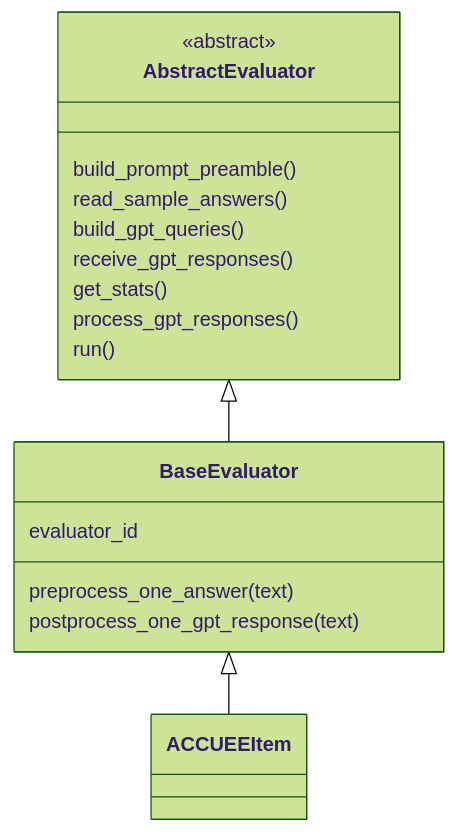
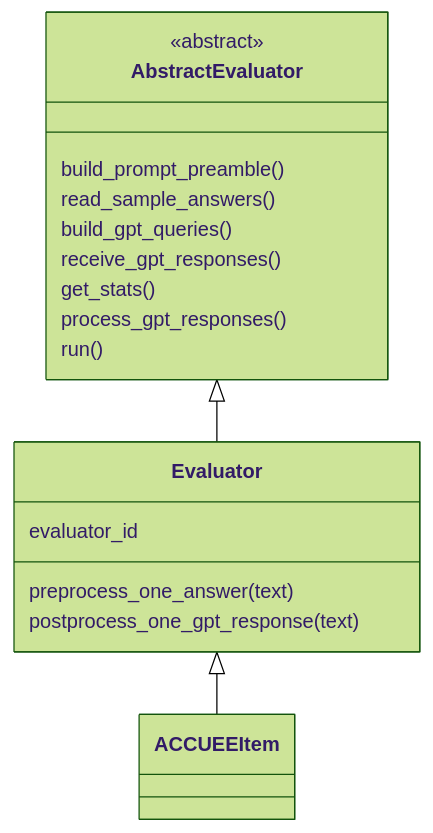
Before and after one commit to ulpgc-ai/evalia: the first of 5 diagrams in class_architecture.md, drawn with Mermaid (forest theme). The commit also changed other lines of this file and 14 other files, not shown here.

Commit message:
rename BaseEvaluator --> Evaluator

````diff
--- a/class_architecture.md
+++ b/class_architecture.md
@@ -19,20 +19,20 @@
 ```mermaid
 classDiagram
     class AbstractEvaluator {
         <<abstract>>
         build_prompt_preamble()
         read_sample_answers()
         build_gpt_queries()
         receive_gpt_responses()
         get_stats()
         process_gpt_responses()
         run()
     }
-    class BaseEvaluator {
+    class Evaluator {
         evaluator_id
         preprocess_one_answer(text)
         postprocess_one_gpt_response(text)
     }
-    AbstractEvaluator <|-- BaseEvaluator
-    BaseEvaluator <|-- ACCUEEItem
+    AbstractEvaluator <|-- Evaluator
+    Evaluator <|-- ACCUEEItem
 ```
````
